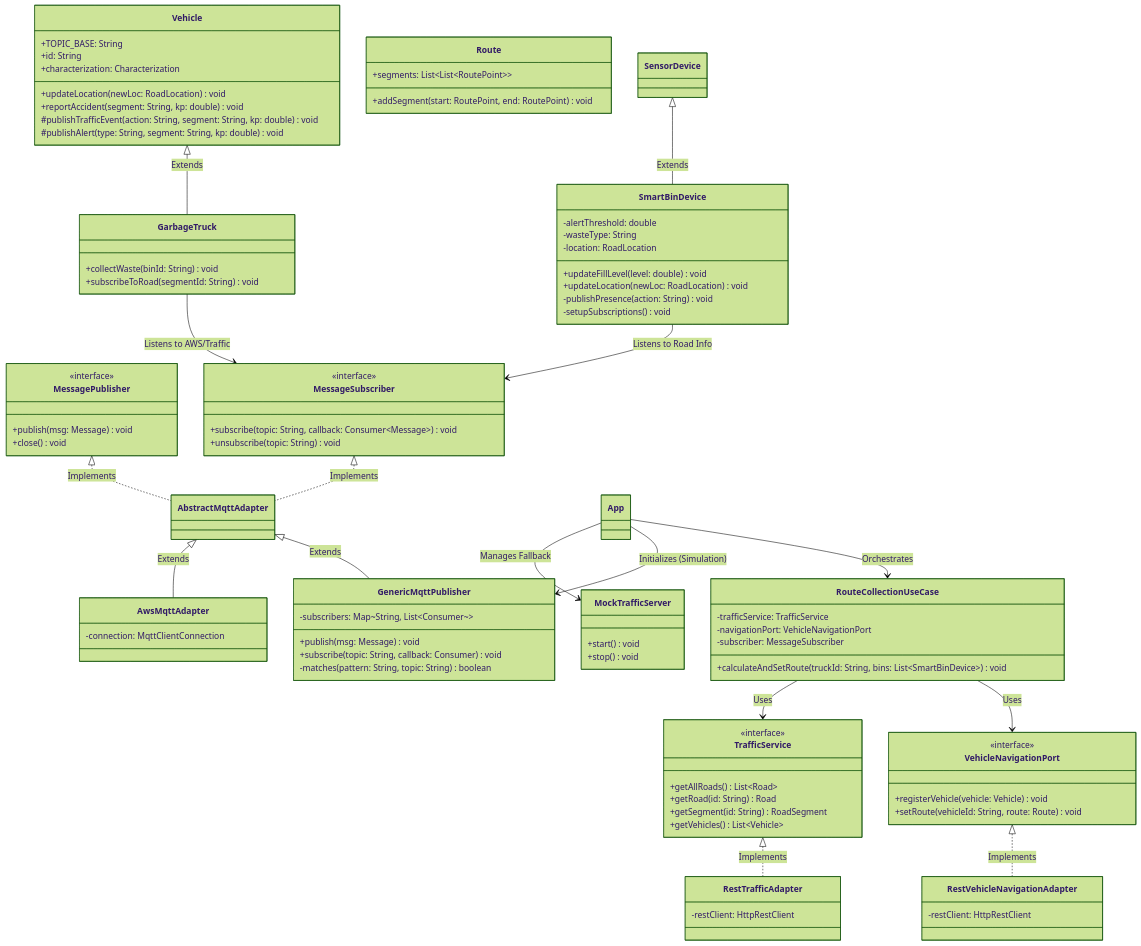
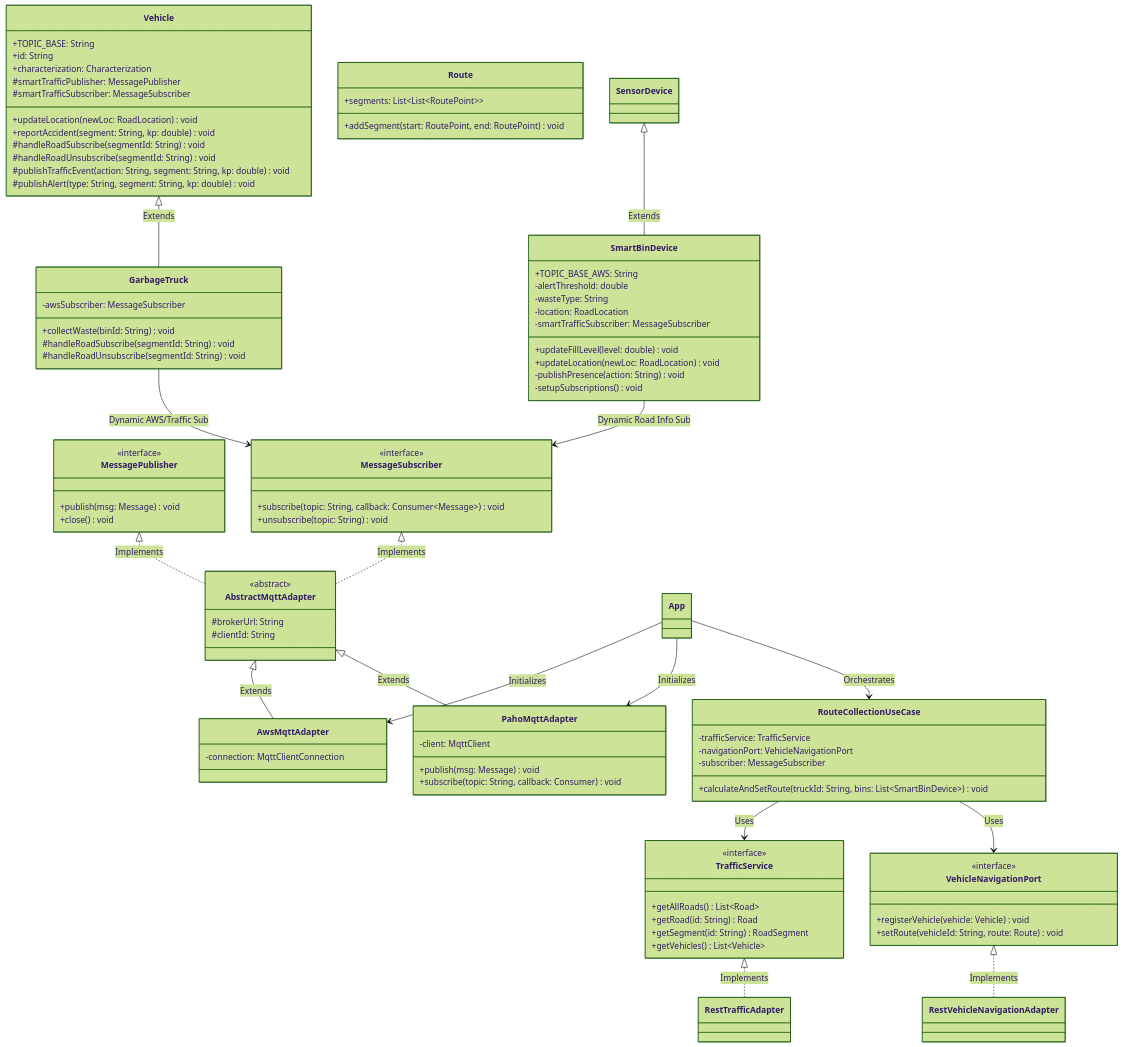
Before and after one commit to mrcl29/smart-bins-iot: the diagram in docs/Diagrama_Codigo.mermaid, drawn with Mermaid (forest theme). The commit also changed 12 other files, not shown here.

```diff
--- a/docs/Diagrama_Codigo.mermaid
+++ b/docs/Diagrama_Codigo.mermaid
@@ -1,123 +1,123 @@
 classDiagram
     direction TB
 
     %% ==========================================
     %% Core Interfaces (Ports)
     %% ==========================================
     class MessagePublisher {
         <<interface>>
         +publish(msg: Message) void
         +close() void
     }
 
     class MessageSubscriber {
         <<interface>>
         +subscribe(topic: String, callback: Consumer~Message~) void
         +unsubscribe(topic: String) void
     }
 
     class TrafficService {
         <<interface>>
         +getAllRoads() List~Road~
         +getRoad(id: String) Road
         +getSegment(id: String) RoadSegment
         +getVehicles() List~Vehicle~
     }
 
     class VehicleNavigationPort {
         <<interface>>
         +registerVehicle(vehicle: Vehicle) void
         +setRoute(vehicleId: String, route: Route) void
     }
 
     %% ==========================================
     %% Domain Entities & Use Cases
     %% ==========================================
     class Vehicle {
         +TOPIC_BASE: String
         +id: String
         +characterization: Characterization
+        #smartTrafficPublisher: MessagePublisher
+        #smartTrafficSubscriber: MessageSubscriber
         +updateLocation(newLoc: RoadLocation) void
         +reportAccident(segment: String, kp: double) void
+        #handleRoadSubscribe(segmentId: String) void
+        #handleRoadUnsubscribe(segmentId: String) void
         #publishTrafficEvent(action: String, segment: String, kp: double) void
         #publishAlert(type: String, segment: String, kp: double) void
     }
 
     class GarbageTruck {
+        -awsSubscriber: MessageSubscriber
         +collectWaste(binId: String) void
-        +subscribeToRoad(segmentId: String) void
+        #handleRoadSubscribe(segmentId: String) void
+        #handleRoadUnsubscribe(segmentId: String) void
     }
 
     class SmartBinDevice {
+        +TOPIC_BASE_AWS: String
         -alertThreshold: double
         -wasteType: String
         -location: RoadLocation
+        -smartTrafficSubscriber: MessageSubscriber
         +updateFillLevel(level: double) void
         +updateLocation(newLoc: RoadLocation) void
         -publishPresence(action: String) void
         -setupSubscriptions() void
     }
 
     class Route {
         +segments: List~List~RoutePoint~~
         +addSegment(start: RoutePoint, end: RoutePoint) void
     }
 
     class RouteCollectionUseCase {
         -trafficService: TrafficService
         -navigationPort: VehicleNavigationPort
         -subscriber: MessageSubscriber
         +calculateAndSetRoute(truckId: String, bins: List~SmartBinDevice~) void
     }
 
     %% ==========================================
     %% Infrastructure Adapters
     %% ==========================================
+    class AbstractMqttAdapter {
+        <<abstract>>
+        #brokerUrl: String
+        #clientId: String
+    }
+
     class AwsMqttAdapter {
         -connection: MqttClientConnection
     }
 
-    class GenericMqttPublisher {
-        -subscribers: Map~String, List~Consumer~~
+    class PahoMqttAdapter {
+        -client: MqttClient
         +publish(msg: Message) void
         +subscribe(topic: String, callback: Consumer) void
-        -matches(pattern: String, topic: String) boolean
-    }
-
-    class RestTrafficAdapter {
-        -restClient: HttpRestClient
-    }
-
-    class RestVehicleNavigationAdapter {
-        -restClient: HttpRestClient
-    }
-
-    class MockTrafficServer {
-        +start() void
-        +stop() void
     }
 
     %% ==========================================
     %% Relationships
     %% ==========================================
 
     Vehicle <|-- GarbageTruck : Extends
     SensorDevice <|-- SmartBinDevice : Extends
     
     MessagePublisher <|.. AbstractMqttAdapter : Implements
     MessageSubscriber <|.. AbstractMqttAdapter : Implements
     AbstractMqttAdapter <|-- AwsMqttAdapter : Extends
-    AbstractMqttAdapter <|-- GenericMqttPublisher : Extends
+    AbstractMqttAdapter <|-- PahoMqttAdapter : Extends
     
     TrafficService <|.. RestTrafficAdapter : Implements
     VehicleNavigationPort <|.. RestVehicleNavigationAdapter : Implements
 
-    App --> MockTrafficServer : Manages Fallback
-    App --> GenericMqttPublisher : Initializes (Simulation)
+    App --> AwsMqttAdapter : Initializes
+    App --> PahoMqttAdapter : Initializes
     App --> RouteCollectionUseCase : Orchestrates
     
     RouteCollectionUseCase --> TrafficService : Uses
     RouteCollectionUseCase --> VehicleNavigationPort : Uses
     
-    GarbageTruck --> MessageSubscriber : Listens to AWS/Traffic
-    SmartBinDevice --> MessageSubscriber : Listens to Road Info
+    GarbageTruck --> MessageSubscriber : Dynamic AWS/Traffic Sub
+    SmartBinDevice --> MessageSubscriber : Dynamic Road Info Sub
```
